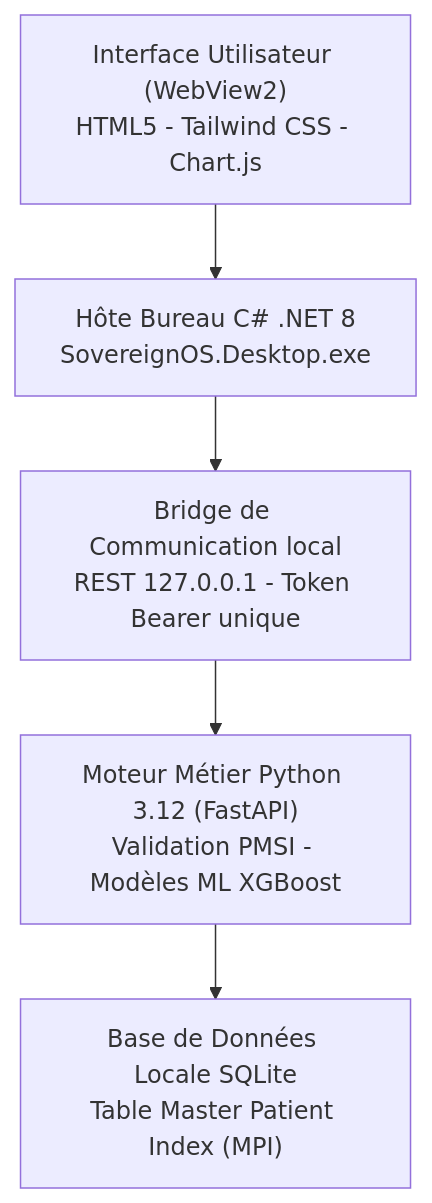
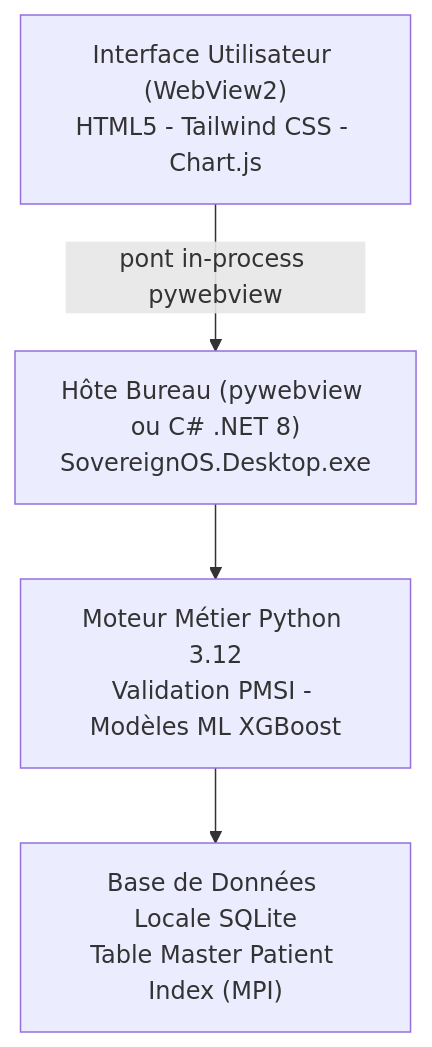
The first of 2 diagrams in docs/documentation_securite_dsi.md (Adam-Blf/sovereign_os_dim), drawn with Mermaid before and after one commit. The commit also changed other lines of this file and 2 other files, not shown here.

Commit message:
docs: rewrite README and DSI dossier for the local-only architecture

````diff
--- a/docs/documentation_securite_dsi.md
+++ b/docs/documentation_securite_dsi.md
@@ -44,13 +44,11 @@
 ```mermaid
 flowchart TB
     UI["Interface Utilisateur (WebView2)<br/>HTML5 - Tailwind CSS - Chart.js"]
-    HOST["Hôte Bureau C# .NET 8<br/>SovereignOS.Desktop.exe"]
-    BR["Bridge de Communication local<br/>REST 127.0.0.1 - Token Bearer unique"]
-    API["Moteur Métier Python 3.12 (FastAPI)<br/>Validation PMSI - Modèles ML XGBoost"]
+    HOST["Hôte Bureau (pywebview ou C# .NET 8)<br/>SovereignOS.Desktop.exe"]
+    API["Moteur Métier Python 3.12<br/>Validation PMSI - Modèles ML XGBoost"]
     DB["Base de Données Locale SQLite<br/>Table Master Patient Index (MPI)"]
 
-    UI --> HOST
-    HOST --> BR
-    BR --> API
+    UI -->|pont in-process pywebview| HOST
+    HOST --> API
     API --> DB
 ```
````
